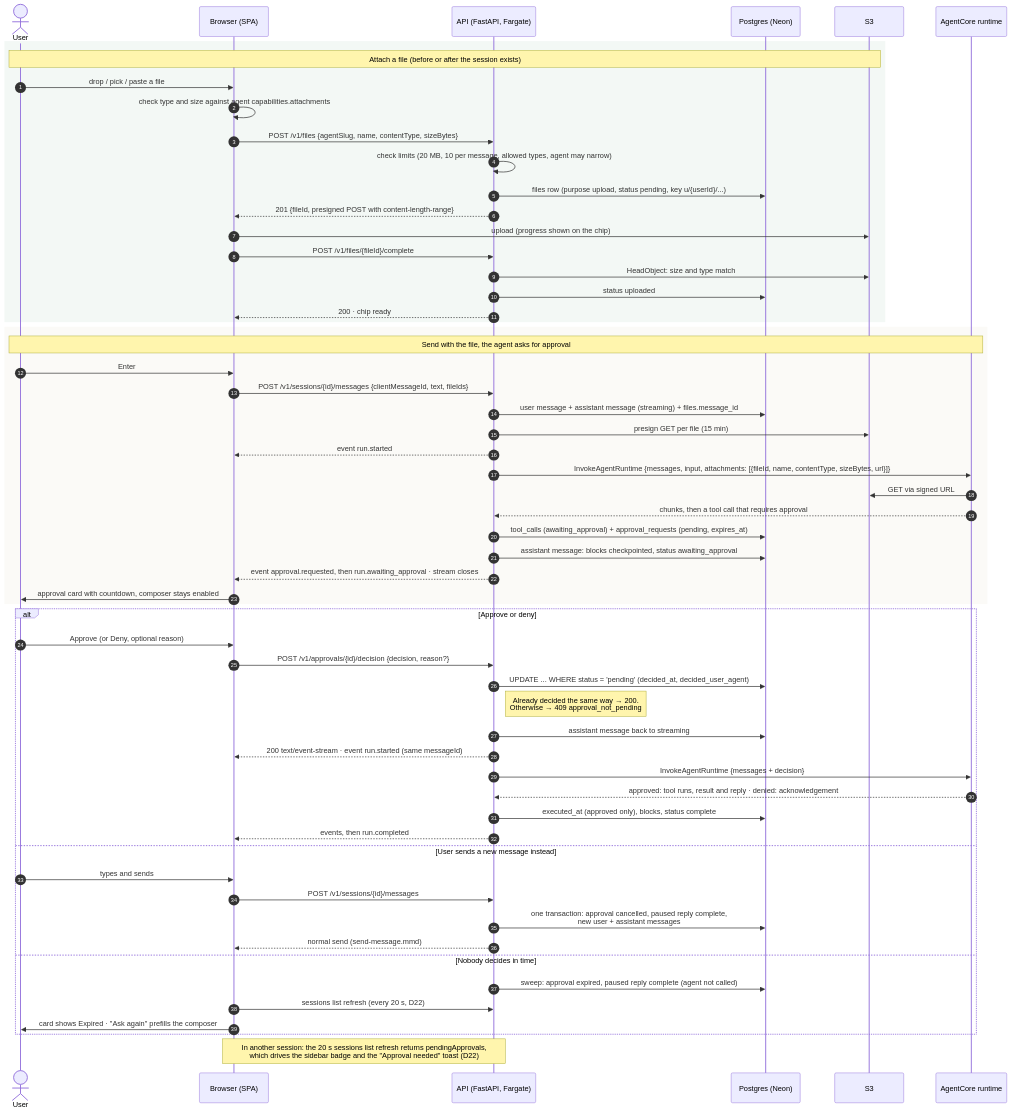
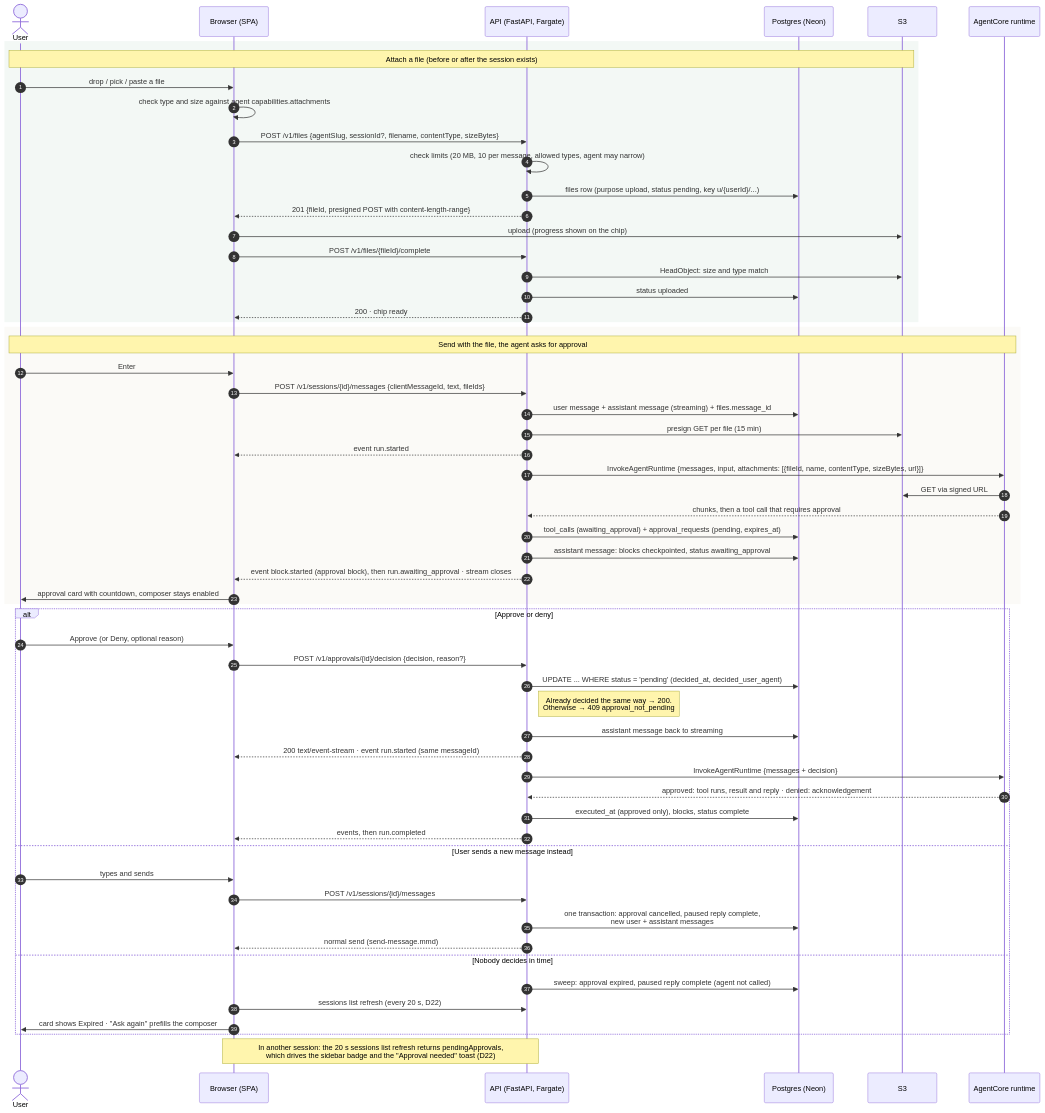
The diagram in docs/diagrams/approval-and-upload.mmd (IsraelBO17/agent_hub), drawn with Mermaid before and after one commit. The commit also changed 14 other files, not shown here.

First line of the commit message:
Add OpenAPI 3.1 spec (step 5)

```diff
--- a/docs/diagrams/approval-and-upload.mmd
+++ b/docs/diagrams/approval-and-upload.mmd
@@ -1,67 +1,67 @@
-%% Sequence: attach a file, then an approval pause and continuation (ALIGNMENT_REVIEW B1, B4).
+%% Sequence: attach a file, then an approval pause and continuation (alignment review, step 4b). Shapes: api/openapi.yaml.
 %% Decisions: docs/ARCHITECTURE.md D7, D19, D20, D22. Rules and timers: docs/SEND_MESSAGE.md.
 sequenceDiagram
   autonumber
   actor U as User
   participant B as Browser (SPA)
   participant A as API (FastAPI, Fargate)
   participant DB as Postgres (Neon)
   participant S3 as S3
   participant R as AgentCore runtime
 
   rect rgb(243, 248, 245)
     Note over U,S3: Attach a file (before or after the session exists)
     U->>B: drop / pick / paste a file
     B->>B: check type and size against agent capabilities.attachments
-    B->>A: POST /v1/files {agentSlug, name, contentType, sizeBytes}
+    B->>A: POST /v1/files {agentSlug, sessionId?, filename, contentType, sizeBytes}
     A->>A: check limits (20 MB, 10 per message, allowed types, agent may narrow)
     A->>DB: files row (purpose upload, status pending, key u/{userId}/...)
     A-->>B: 201 {fileId, presigned POST with content-length-range}
     B->>S3: upload (progress shown on the chip)
     B->>A: POST /v1/files/{fileId}/complete
     A->>S3: HeadObject: size and type match
     A->>DB: status uploaded
     A-->>B: 200 · chip ready
   end
 
   rect rgb(251, 250, 247)
     Note over U,R: Send with the file, the agent asks for approval
     U->>B: Enter
     B->>A: POST /v1/sessions/{id}/messages {clientMessageId, text, fileIds}
     A->>DB: user message + assistant message (streaming) + files.message_id
     A->>S3: presign GET per file (15 min)
     A-->>B: event run.started
     A->>R: InvokeAgentRuntime {messages, input, attachments: [{fileId, name, contentType, sizeBytes, url}]}
     R->>S3: GET via signed URL
     R-->>A: chunks, then a tool call that requires approval
     A->>DB: tool_calls (awaiting_approval) + approval_requests (pending, expires_at)
     A->>DB: assistant message: blocks checkpointed, status awaiting_approval
-    A-->>B: event approval.requested, then run.awaiting_approval · stream closes
+    A-->>B: event block.started (approval block), then run.awaiting_approval · stream closes
     B->>U: approval card with countdown, composer stays enabled
   end
 
   alt Approve or deny
     U->>B: Approve (or Deny, optional reason)
     B->>A: POST /v1/approvals/{id}/decision {decision, reason?}
     A->>DB: UPDATE ... WHERE status = 'pending' (decided_at, decided_user_agent)
     Note right of A: Already decided the same way → 200.<br/>Otherwise → 409 approval_not_pending
     A->>DB: assistant message back to streaming
     A-->>B: 200 text/event-stream · event run.started (same messageId)
     A->>R: InvokeAgentRuntime {messages + decision}
     R-->>A: approved: tool runs, result and reply · denied: acknowledgement
     A->>DB: executed_at (approved only), blocks, status complete
     A-->>B: events, then run.completed
 
   else User sends a new message instead
     U->>B: types and sends
     B->>A: POST /v1/sessions/{id}/messages
     A->>DB: one transaction: approval cancelled, paused reply complete,<br/>new user + assistant messages
     A-->>B: normal send (send-message.mmd)
 
   else Nobody decides in time
     A->>DB: sweep: approval expired, paused reply complete (agent not called)
     B->>A: sessions list refresh (every 20 s, D22)
     B->>U: card shows Expired · "Ask again" prefills the composer
   end
 
   Note over B,A: In another session: the 20 s sessions list refresh returns pendingApprovals,<br/>which drives the sidebar badge and the "Approval needed" toast (D22)
```
